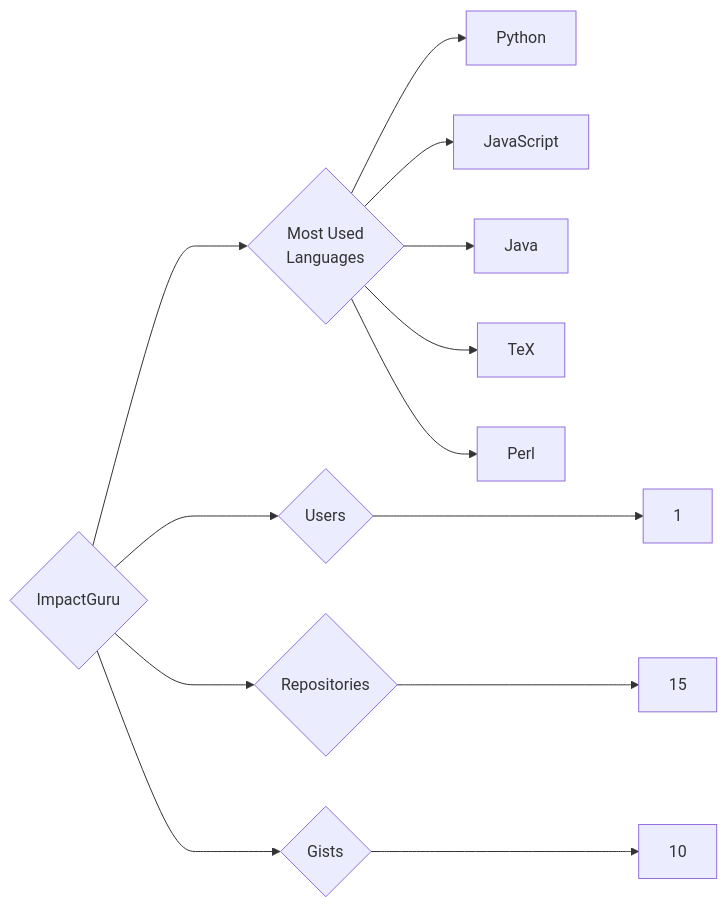
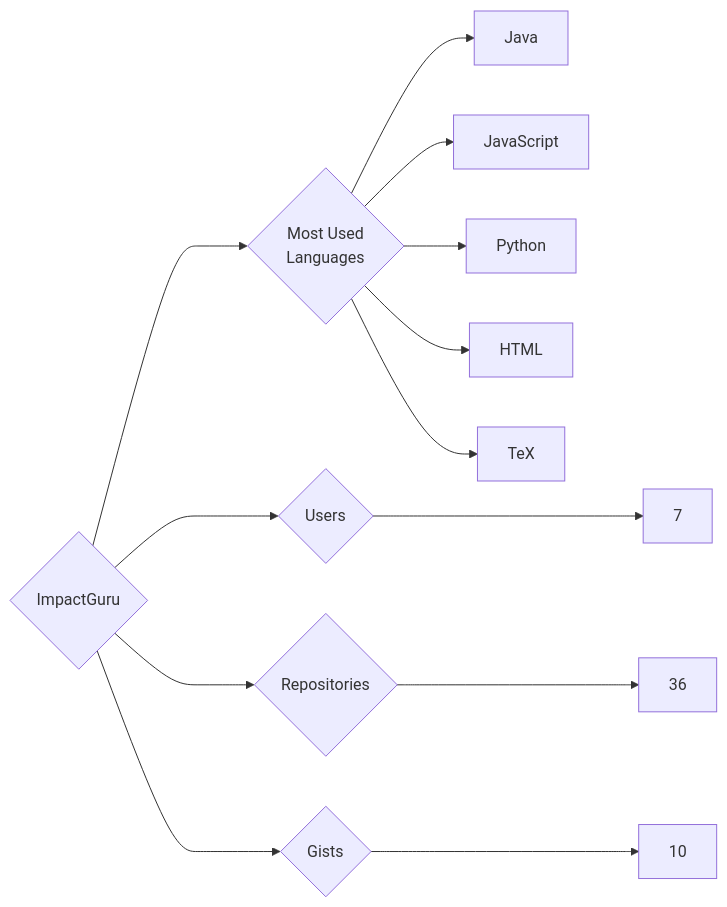
Before and after one commit to trickest/insiders: the diagram in targets/ImpactGuru/README.md, drawn with Mermaid. The commit also changed 1212 other files, not shown here.

````diff
--- a/targets/ImpactGuru/README.md
+++ b/targets/ImpactGuru/README.md
@@ -3,13 +3,13 @@
 ```mermaid
 graph LR
 COMPANY_NAME{ImpactGuru}
-COMPANY_NAME ---> U{Users} ---> UN[1]
-COMPANY_NAME ---> R{Repositories} ---> RN[15]
+COMPANY_NAME ---> U{Users} ---> UN[7]
+COMPANY_NAME ---> R{Repositories} ---> RN[36]
 COMPANY_NAME ---> G{Gists} ---> GN[10]
 COMPANY_NAME ---> ML{Most Used<br>Languages}
+ML --> Java[Java]
+ML --> JavaScript[JavaScript]
 ML --> Python[Python]
-ML --> JavaScript[JavaScript]
-ML --> Java[Java]
+ML --> HTML[HTML]
 ML --> TeX[TeX]
-ML --> Perl[Perl]
 ```
````
